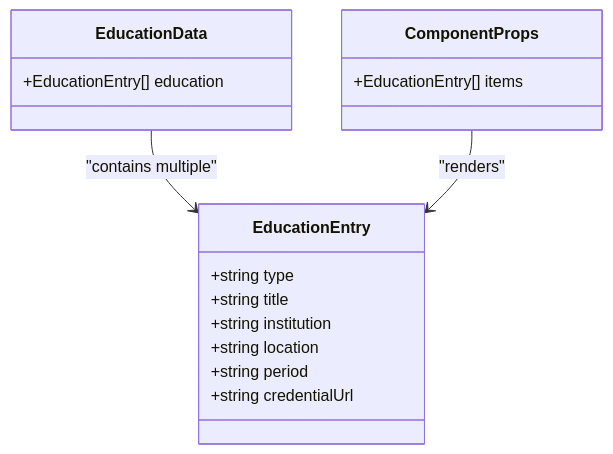
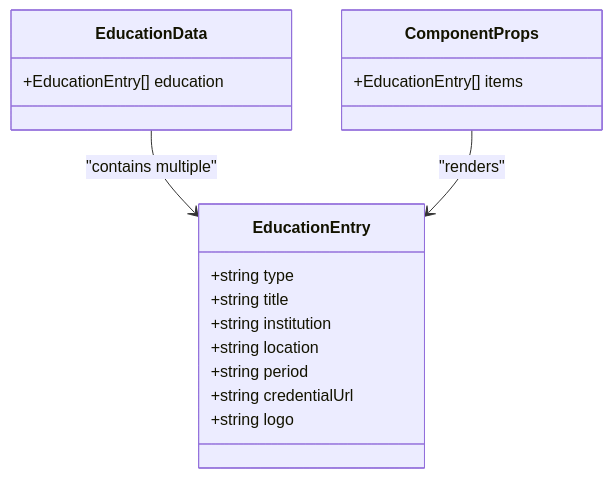
The second of 11 diagrams in .qoder/repowiki/en/content/Component Library & UI Elements/EducationSection Component.md (subash7781/Portfolio), drawn with Mermaid before and after one commit. The commit also changed other lines of this file and 5 other files, not shown here.

````diff
--- a/.qoder/repowiki/en/content/Component Library & UI Elements/EducationSection Component.md
+++ b/.qoder/repowiki/en/content/Component Library & UI Elements/EducationSection Component.md
@@ -100,19 +101,20 @@
 ```mermaid
 classDiagram
 class EducationEntry {
 +string type
 +string title
 +string institution
 +string location
 +string period
 +string credentialUrl
++string logo
 }
 class EducationData {
 +EducationEntry[] education
 }
 class ComponentProps {
 +EducationEntry[] items
 }
 EducationData --> EducationEntry : "contains multiple"
 ComponentProps --> EducationEntry : "renders"
 ```
````
